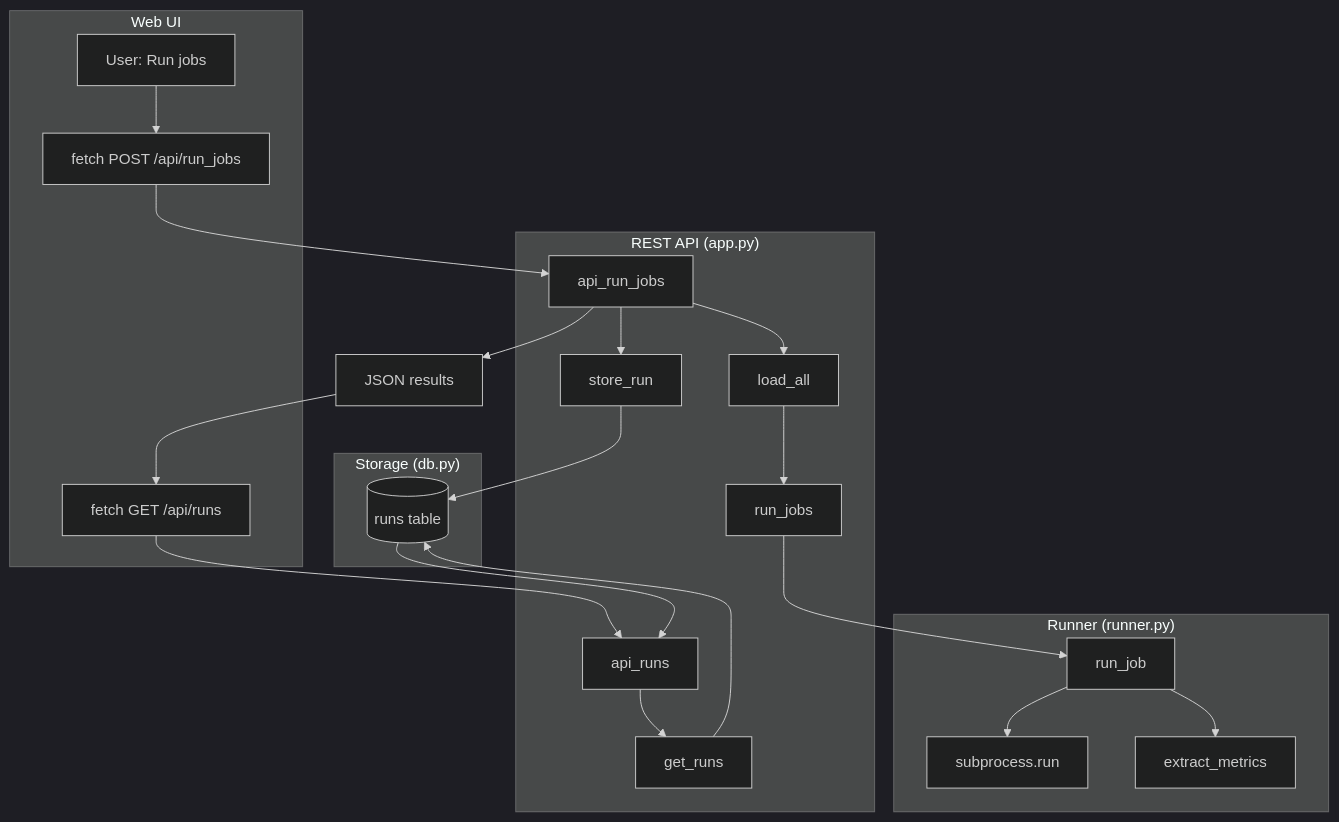
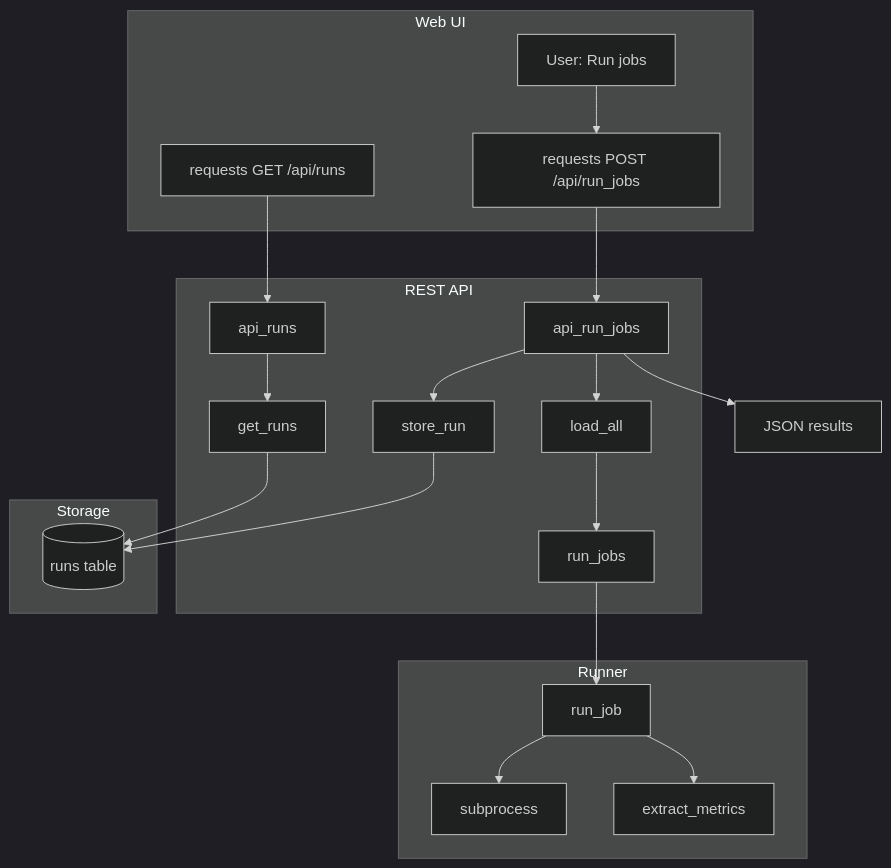
Before and after one commit to fractalclockwork/hpc-runner: the third of 3 diagrams in docs/architecture.md, drawn with Mermaid (dark theme). The commit also changed other lines of this file and 24 other files, not shown here.

````diff
--- a/docs/architecture.md
+++ b/docs/architecture.md
@@ -107,39 +126,37 @@
 ```mermaid
 flowchart TB
     subgraph UI["Web UI"]
         A[User: Run jobs]
-        B["fetch POST /api/run_jobs"]
-        C["fetch GET /api/runs"]
+        B["requests POST /api/run_jobs"]
+        C["requests GET /api/runs"]
     end
-    subgraph API["REST API (app.py)"]
+    subgraph API["REST API"]
         D[api_run_jobs]
         E[load_all]
         F[run_jobs]
         G[store_run]
         H[api_runs]
         I[get_runs]
     end
-    subgraph Runner["Runner (runner.py)"]
+    subgraph Runner["Runner"]
         J[run_job]
-        K[subprocess.run]
+        K[subprocess]
         L[extract_metrics]
     end
-    subgraph Storage["Storage (db.py)"]
+    subgraph Storage["Storage"]
         M[(runs table)]
     end
     A --> B
     B --> D
     D --> E
     E --> F
     F --> J
     J --> K
     J --> L
     D --> G
     G --> M
     D --> R["JSON results"]
-    R --> C
     C --> H
     H --> I
     I --> M
-    M --> H
 ```
````
